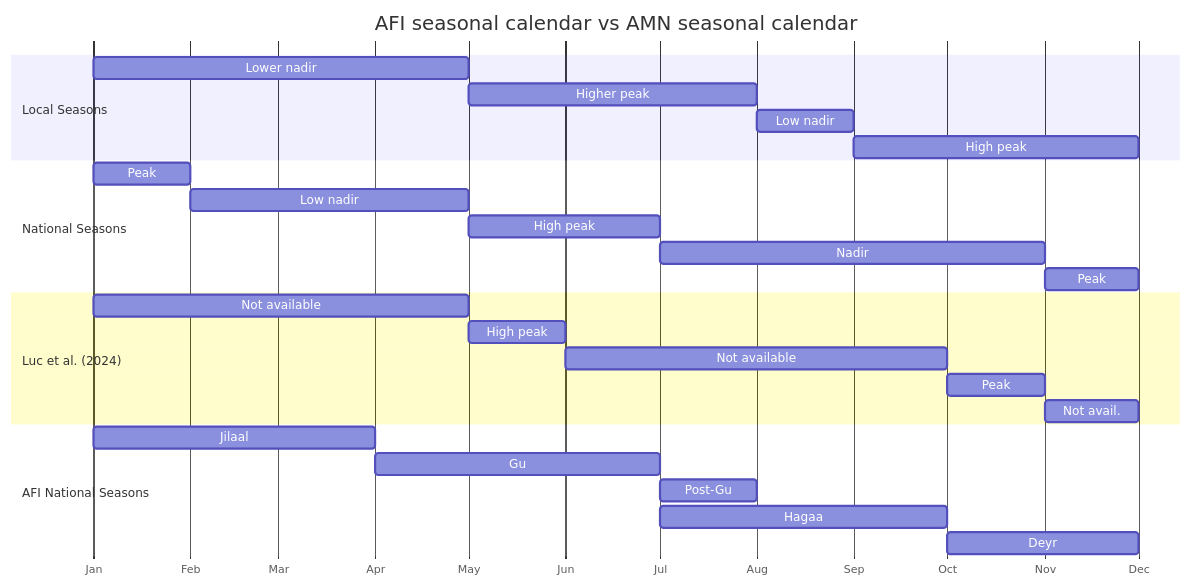
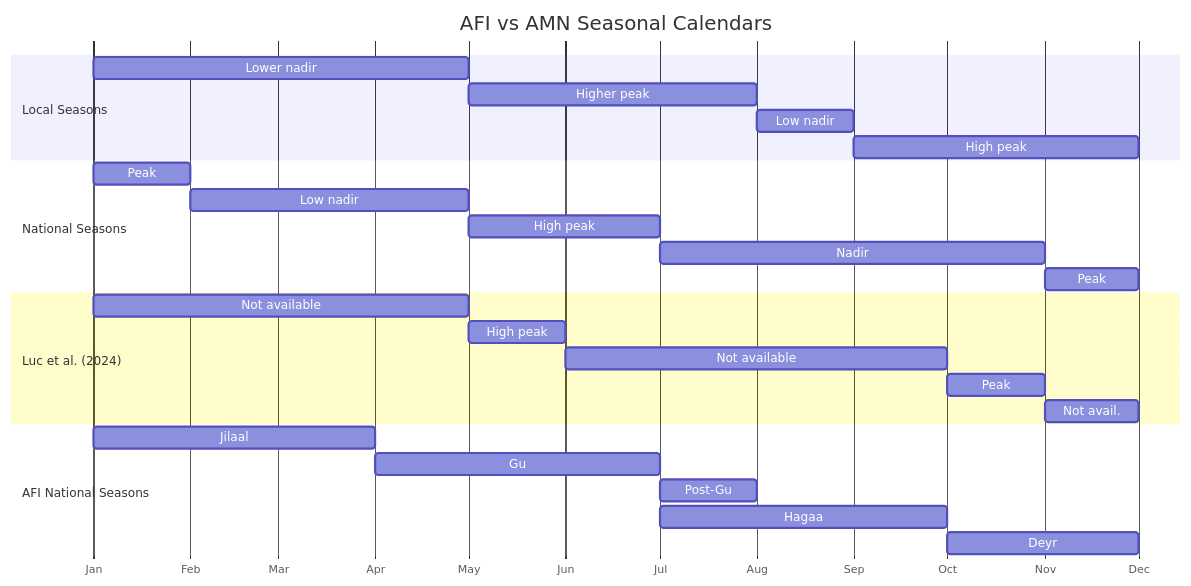
The ninth of 9 diagrams in slides-revealjs.qmd (nutimes/som-sam-admit), drawn with Mermaid before and after one commit. The commit also changed other lines of this file, not shown here.

````diff
--- a/slides-revealjs.qmd
+++ b/slides-revealjs.qmd
@@ -791,39 +777,39 @@
 ```{mermaid}
 %%| label: afi-amn-calendar-urbanidps
 %%| fig-cap-location: bottom
 %%| fig-height: 7
 %%| fig-width: 14
 
 gantt
-    title AFI seasonal calendar vs AMN seasonal calendar
+    title AFI vs AMN Seasonal Calendars
     dateFormat M
     axisFormat %b
     todayMarker off
 
     section Local Seasons
     Lower nadir :amn1, 1, 5
     Higher peak :amn2, 5, 8
     Low nadir :amn3, 8, 9
     High peak :amn4, 9, 12
 
     section National Seasons
     Peak :ntl1, 1, 2
     Low nadir :ntl2, 2, 5
     High peak :ntl3, 5, 7
     Nadir :ntl4, 7, 11
     Peak :ntl5, 11, 12
 
     section Luc et al. (2024)
     Not available :luc1, 1, 5
     High peak :luc2, 5, 6
     Not available :luc3, 6, 10
     Peak :luc4, 10, 11
     Not avail. :luc5, 11, 12
 
     section AFI National Seasons
     Jilaal :afi1, 1, 4
     Gu     :afi2, 4, 7
     Post-Gu:afi3, 7, 8
     Hagaa  :afi4, 7, 10
     Deyr   :afi5, 10, 12
 ```
````
